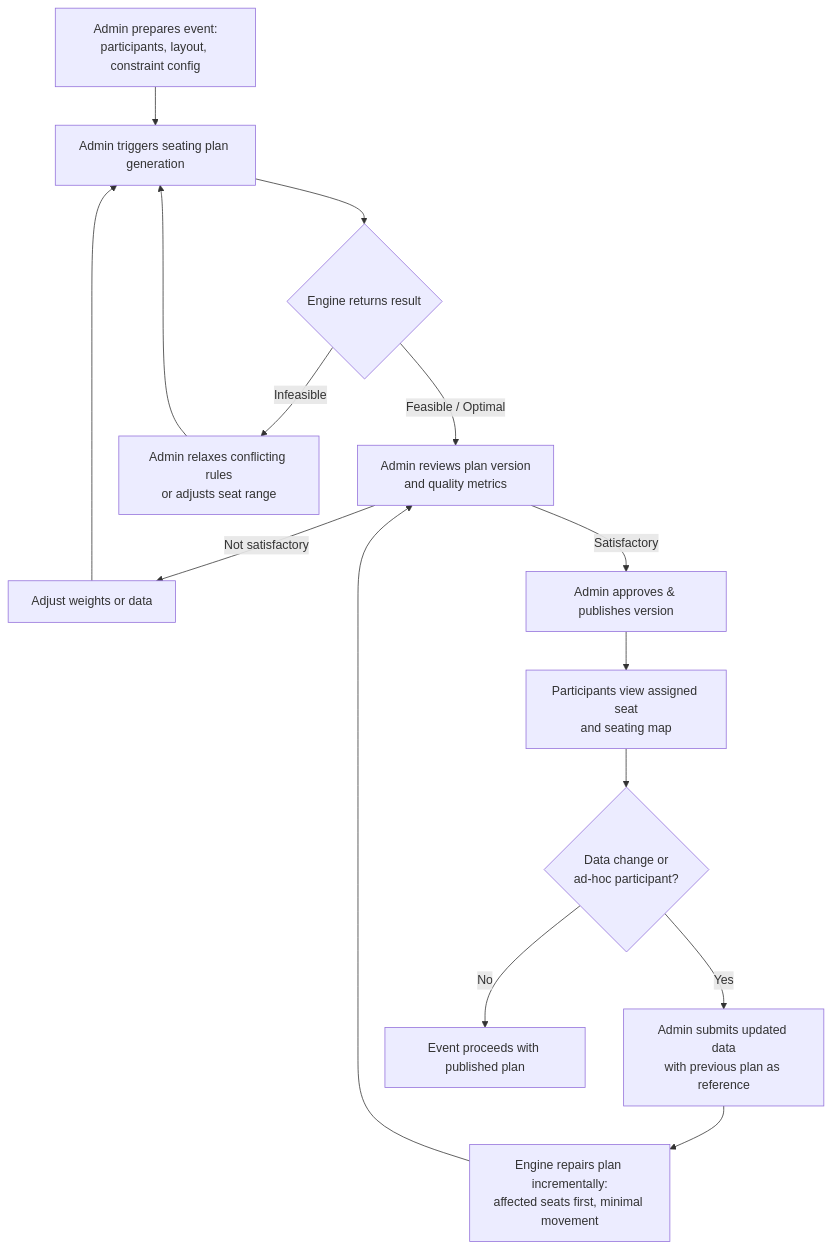
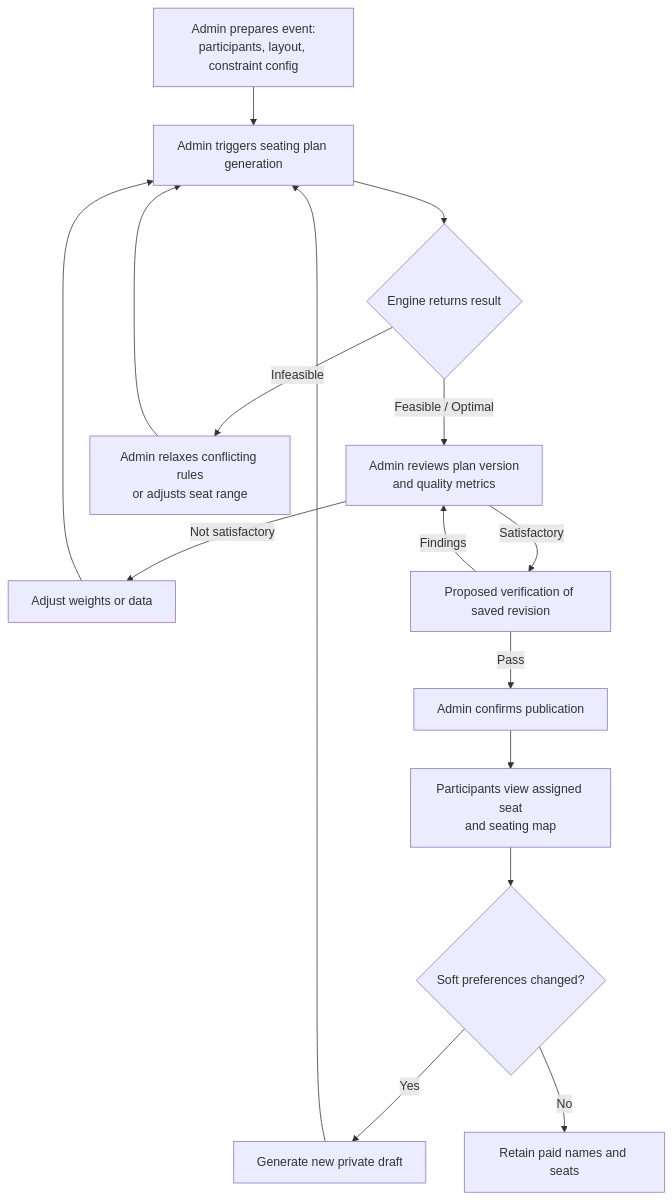
Before and after one commit to DariusShin/FYP-Seating-Allocation: the second of 11 diagrams in FYP1/fyp_interim-report-refined.md, drawn with Mermaid. The commit also changed other lines of this file and 8 other files, not shown here.

````diff
--- a/FYP1/fyp_interim-report-refined.md
+++ b/FYP1/fyp_interim-report-refined.md
@@ -204,16 +206,16 @@
 ```mermaid
 flowchart TD
     A[Admin prepares event:<br/>participants, layout, constraint config] --> B[Admin triggers seating plan generation]
     B --> C{Engine returns result}
     C -->|Feasible / Optimal| D[Admin reviews plan version<br/>and quality metrics]
     C -->|Infeasible| E[Admin relaxes conflicting rules<br/>or adjusts seat range]
     E --> B
     D -->|Not satisfactory| F[Adjust weights or data] --> B
-    D -->|Satisfactory| G[Admin approves & publishes version]
+    D -->|Satisfactory| V[Proposed verification of saved revision]
+    V -->|Pass| G[Admin confirms publication]
+    V -->|Findings| D
     G --> H[Participants view assigned seat<br/>and seating map]
-    H --> I{Data change or<br/>ad-hoc participant?}
-    I -->|Yes| J[Admin submits updated data<br/>with previous plan as reference]
-    J --> K[Engine repairs plan incrementally:<br/>affected seats first, minimal movement]
-    K --> D
-    I -->|No| L[Event proceeds with published plan]
+    H --> I{Soft preferences changed?}
+    I -->|Yes| J[Generate new private draft] --> B
+    I -->|No| L[Retain paid names and seats]
 ```
````
